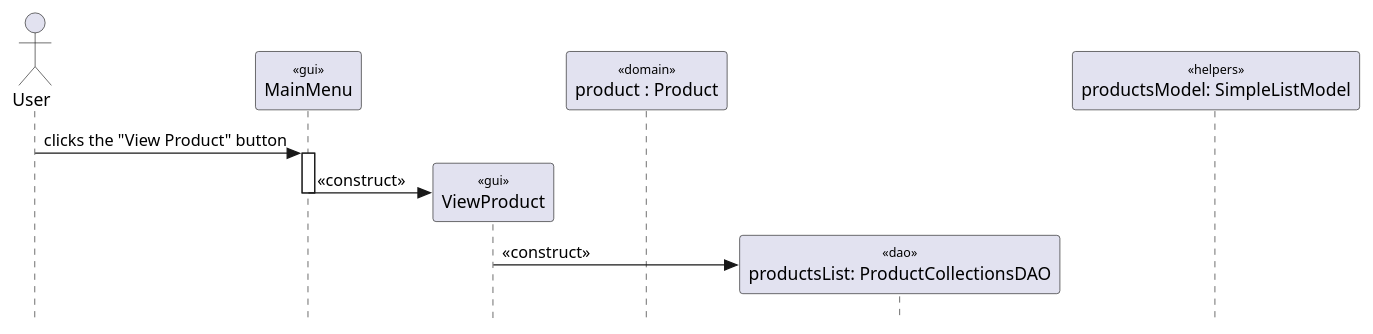
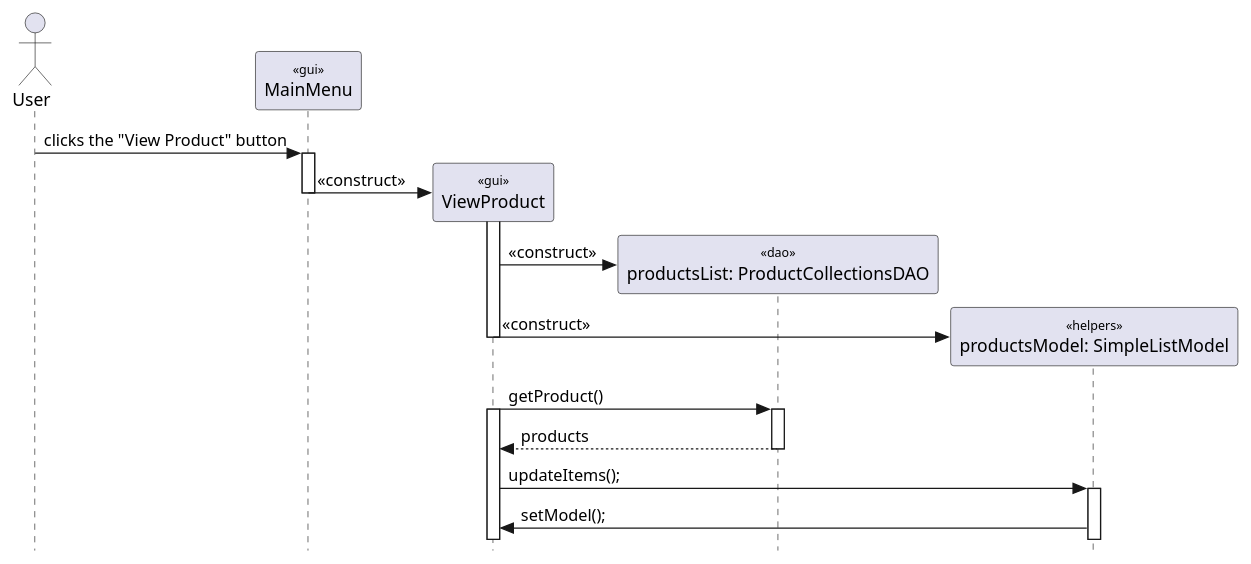
One commit to seuwand-tee/Shopping-System changed the diagram in info202_project/diagrams/ViewProduct.puml. Above: the diagram before and after it, drawn with PlantUML. The commit also changed 1 other file, not shown here.

Commit message:
UML for View Product done. Need to check References #12

```diff
--- a/info202_project/diagrams/ViewProduct.puml
+++ b/info202_project/diagrams/ViewProduct.puml
@@ -1,26 +1,37 @@
 @startuml
 skinparam {
   Style StrictUML
   SequenceStereotype {
     Font {
       Size 10
       Style plain
     }
   }
 }
 actor "User" as user
 participant "MainMenu" as menu <<gui>>
 participant "ViewProduct" as ViewProduct <<gui>>
-participant "product : Product" as product <<domain>>
 participant "productsList: ProductCollectionsDAO" as ProductCollectionsDAO <<dao>>
 participant "productsModel: SimpleListModel" as SimpleListModel <<helpers>>
 
 'create the product viewer menu
 user -> menu++ : clicks the "View Product" button
 create ViewProduct
 menu -> ViewProduct : <<construct>>
 menu--
 
+ViewProduct++
 create ProductCollectionsDAO
 ViewProduct -> ProductCollectionsDAO : <<construct>>
+create SimpleListModel
+ViewProduct -> SimpleListModel : <<construct>>
+ViewProduct--
+
+ViewProduct -> ProductCollectionsDAO++ :getProduct()
+ViewProduct++
+ProductCollectionsDAO --> ViewProduct :products
+ProductCollectionsDAO--
+ViewProduct -> SimpleListModel++:updateItems();
+SimpleListModel -> ViewProduct :setModel();
+
 @enduml
```
